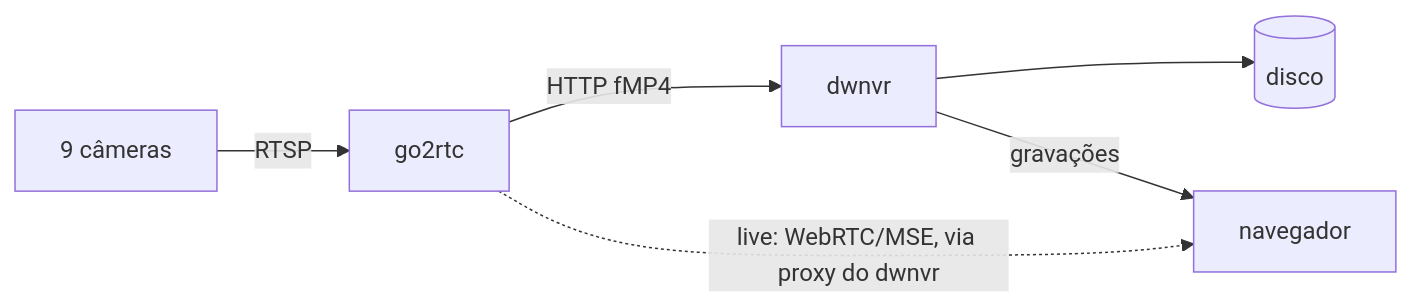
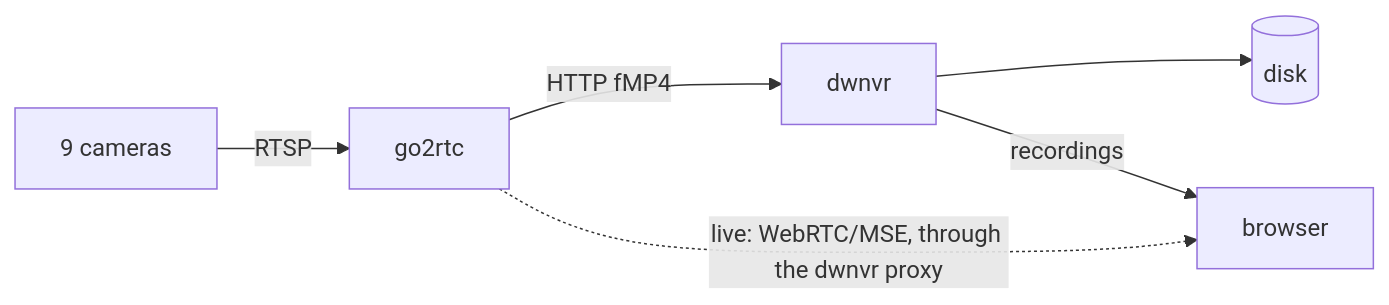
The diagram in README.md (mhagnumdw/dwnvr), drawn with Mermaid before and after one commit. The commit also changed other lines of this file and 76 other files, not shown here.

````diff
--- a/README.md
+++ b/README.md
@@ -538,8 +568,8 @@
 ```mermaid
 flowchart LR
-    cam[9 câmeras] -- RTSP --> go2rtc
+    cam[9 cameras] -- RTSP --> go2rtc
     go2rtc -- HTTP fMP4 --> dwnvr
-    dwnvr --> disco[(disco)]
-    go2rtc -. "live: WebRTC/MSE, via proxy do dwnvr" .-> nav[navegador]
-    dwnvr -- gravações --> nav
+    dwnvr --> disk[(disk)]
+    go2rtc -. "live: WebRTC/MSE, through the dwnvr proxy" .-> browser
+    dwnvr -- recordings --> browser
 ```
````
